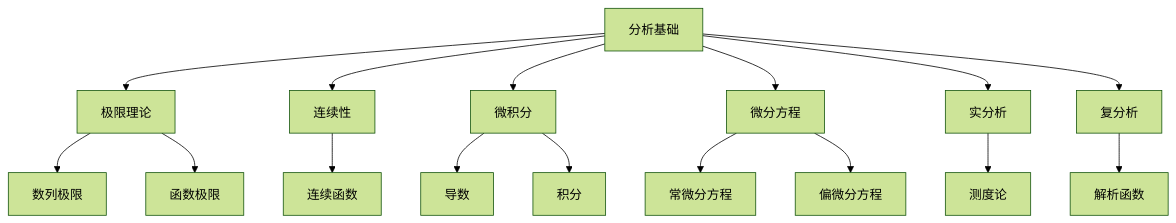
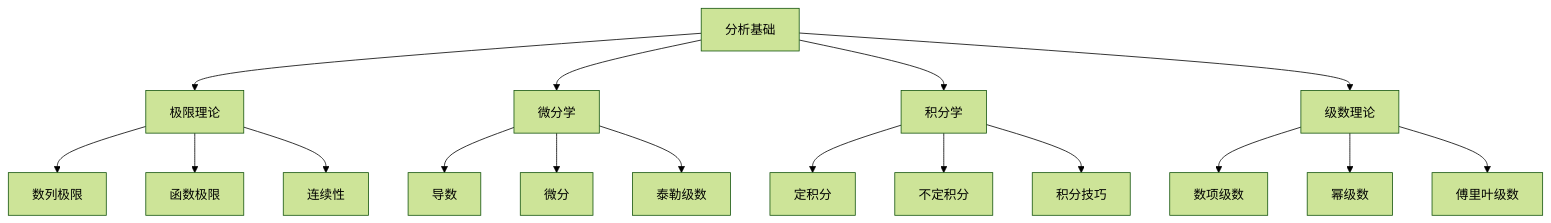
The diagram in Analysis/02-数学理论体系/04-分析基础.md (AdaMartin18010/formal-architecture), drawn with Mermaid (forest theme) before and after one commit. The commit also changed other lines of this file and 63 other files, not shown here.

````diff
--- a/Analysis/02-数学理论体系/04-分析基础.md
+++ b/Analysis/02-数学理论体系/04-分析基础.md
@@ -31,18 +56,19 @@
 ```mermaid
 graph TD
   A[分析基础] --> B1[极限理论]
-  A --> B2[连续性]
-  A --> B3[微积分]
-  A --> B4[微分方程]
-  A --> B5[实分析]
-  A --> B6[复分析]
+  A --> B2[微分学]
+  A --> B3[积分学]
+  A --> B4[级数理论]
   B1 --> C1[数列极限]
   B1 --> C2[函数极限]
-  B2 --> C3[连续函数]
-  B3 --> C4[导数]
-  B3 --> C5[积分]
-  B4 --> C6[常微分方程]
-  B4 --> C7[偏微分方程]
-  B5 --> C8[测度论]
-  B6 --> C9[解析函数]
+  B1 --> C3[连续性]
+  B2 --> C4[导数]
+  B2 --> C5[微分]
+  B2 --> C6[泰勒级数]
+  B3 --> C7[定积分]
+  B3 --> C8[不定积分]
+  B3 --> C9[积分技巧]
+  B4 --> C10[数项级数]
+  B4 --> C11[幂级数]
+  B4 --> C12[傅里叶级数]
 ```
````
